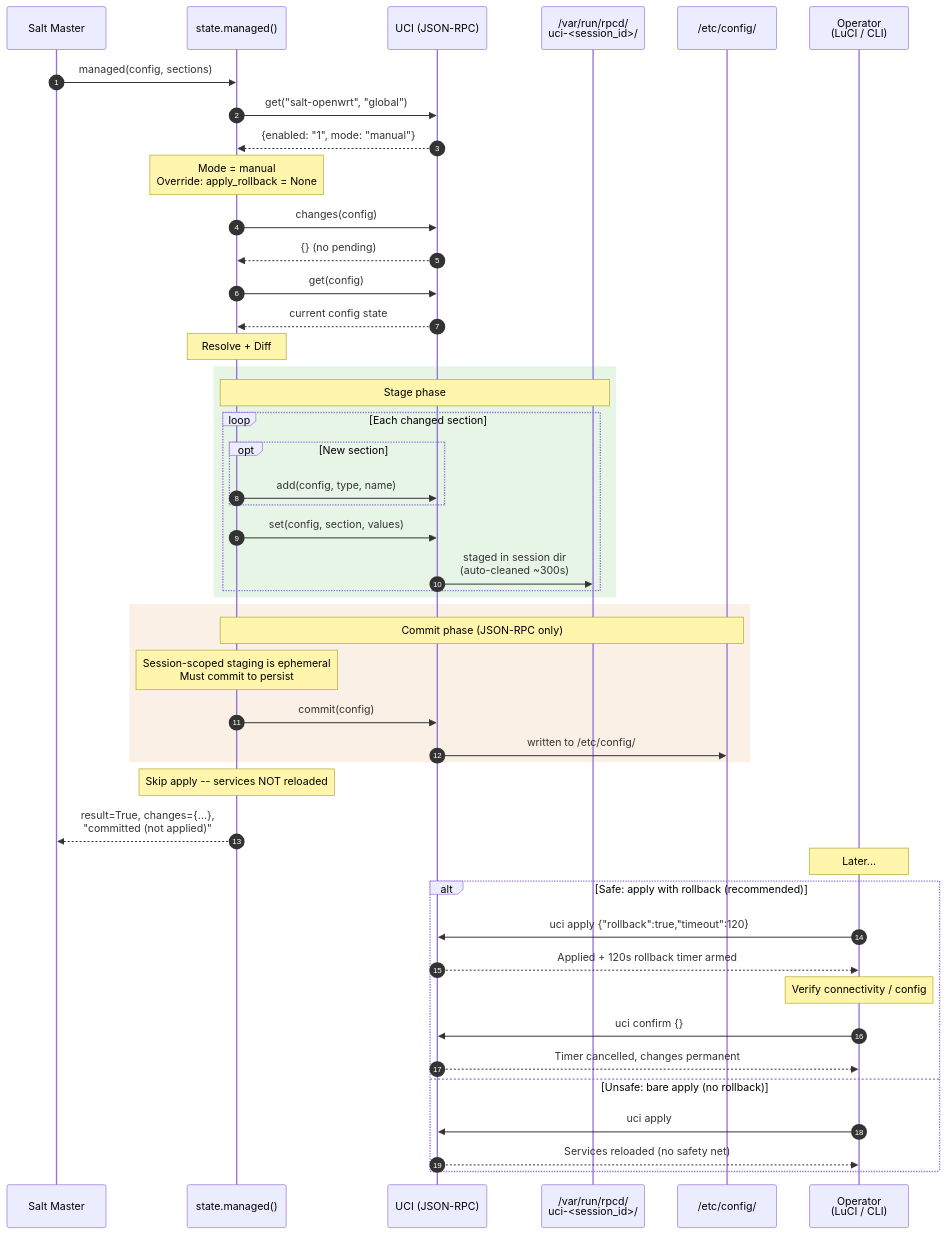
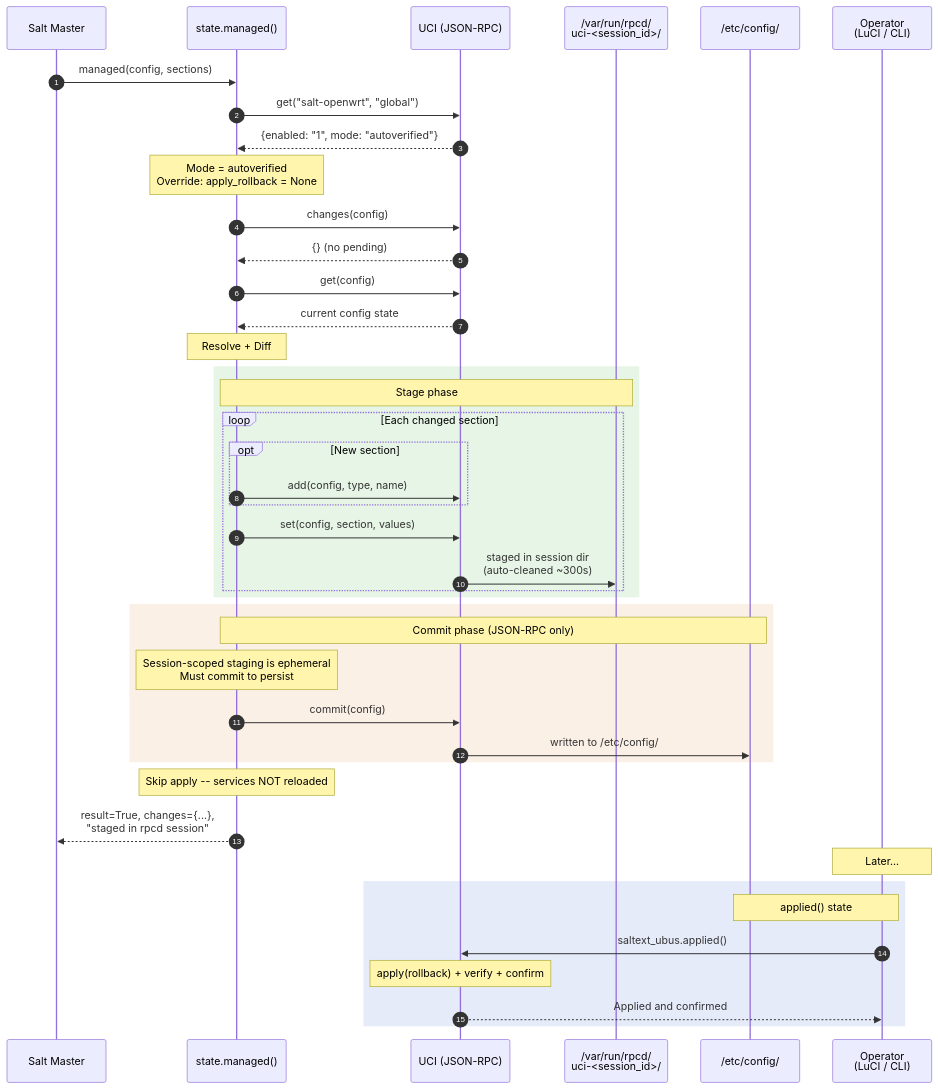
Before and after one commit to cprima-homelab/saltext-openwrt-ubus: the fourth of 7 diagrams in docs/topics/managed-flow.md, drawn with Mermaid. The commit also changed other lines of this file and 6 other files, not shown here.

````diff
--- a/docs/topics/managed-flow.md
+++ b/docs/topics/managed-flow.md
@@ -201,59 +190,55 @@
 ```{mermaid}
 sequenceDiagram
     autonumber
     participant Master as Salt Master
     participant State as state.managed()
     participant UCI as UCI (JSON-RPC)
     participant Session as /var/run/rpcd/<br/>uci-<session_id>/
     participant Config as /etc/config/
     participant Human as Operator<br/>(LuCI / CLI)
 
     Master->>State: managed(config, sections)
     State->>UCI: get("salt-openwrt", "global")
-    UCI-->>State: {enabled: "1", mode: "manual"}
+    UCI-->>State: {enabled: "1", mode: "autoverified"}
 
-    Note over State: Mode = manual<br/>Override: apply_rollback = None
+    Note over State: Mode = autoverified<br/>Override: apply_rollback = None
 
     State->>UCI: changes(config)
     UCI-->>State: {} (no pending)
 
     State->>UCI: get(config)
     UCI-->>State: current config state
 
     Note over State: Resolve + Diff
 
     rect rgb(230, 245, 230)
         Note over State,Session: Stage phase
         loop Each changed section
             opt New section
                 State->>UCI: add(config, type, name)
             end
             State->>UCI: set(config, section, values)
             UCI->>Session: staged in session dir<br/>(auto-cleaned ~300s)
         end
     end
 
     rect rgb(250, 240, 230)
         Note over State,Config: Commit phase (JSON-RPC only)
         Note over State: Session-scoped staging is ephemeral<br/>Must commit to persist
         State->>UCI: commit(config)
         UCI->>Config: written to /etc/config/
     end
 
     Note over State: Skip apply -- services NOT reloaded
 
-    State-->>Master: result=True, changes={...},<br/>"committed (not applied)"
+    State-->>Master: result=True, changes={...},<br/>"staged in rpcd session"
 
     Note over Human: Later...
 
-    alt Safe: apply with rollback (recommended)
-        Human->>UCI: uci apply {"rollback":true,"timeout":120}
-        UCI-->>Human: Applied + 120s rollback timer armed
-        Note over Human: Verify connectivity / config
-        Human->>UCI: uci confirm {}
-        UCI-->>Human: Timer cancelled, changes permanent
-    else Unsafe: bare apply (no rollback)
-        Human->>UCI: uci apply
-        UCI-->>Human: Services reloaded (no safety net)
+    rect rgb(230, 235, 250)
+        Note over Human,Config: applied() state
+        Human->>UCI: saltext_ubus.applied()
+        Note over UCI: apply(rollback) + verify + confirm
+        UCI-->>Human: Applied and confirmed
     end
 ```
````
